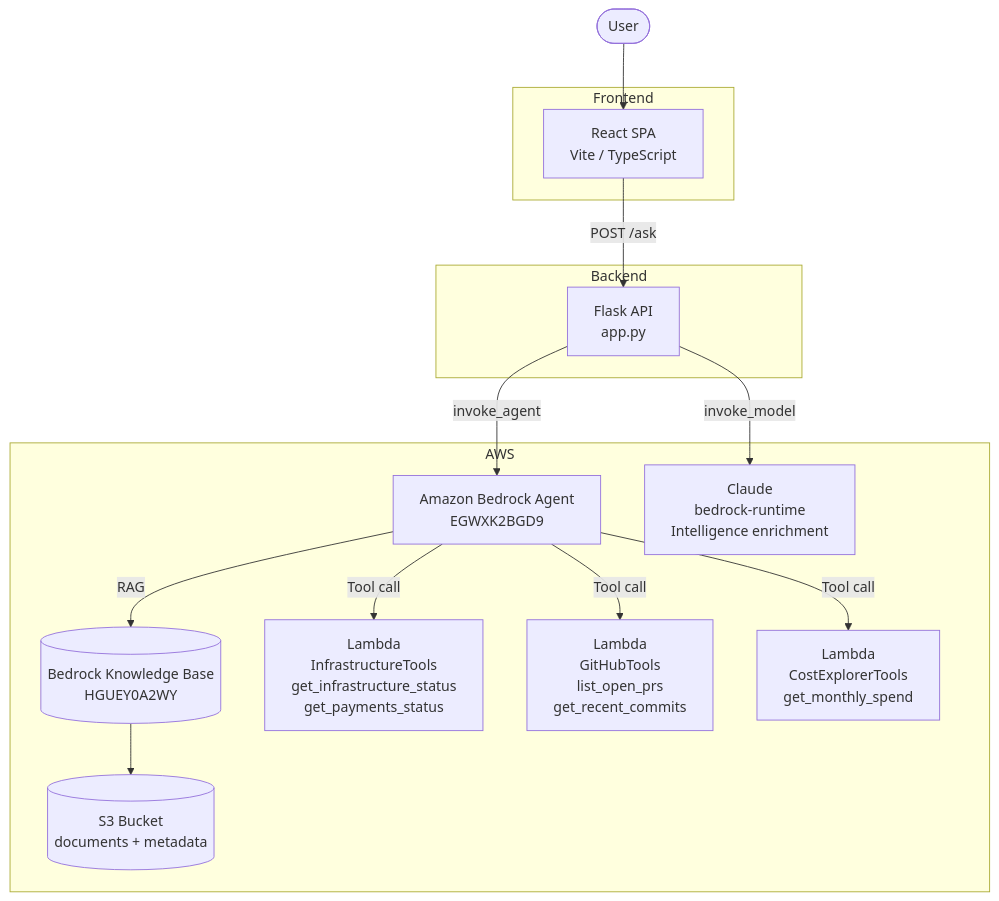
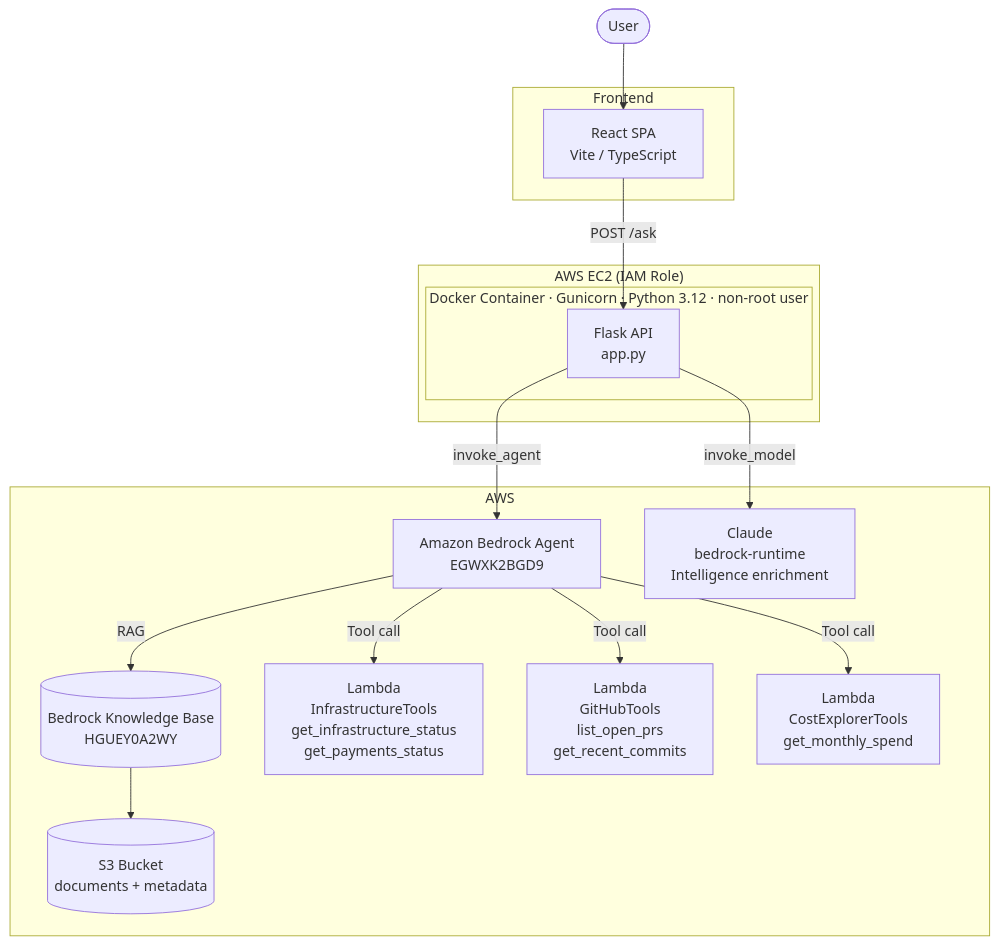
The diagram in README.md (danhas1/ai-engineering-memory), drawn with Mermaid before and after one commit.

Commit message:
Update architecture documentation

````diff
--- a/README.md
+++ b/README.md
@@ -24,33 +24,35 @@
 ```mermaid
 flowchart TD
     User([User]) --> FE[React SPA\nVite / TypeScript]
     FE -->|POST /ask| BE[Flask API\napp.py]
     BE -->|invoke_agent| Agent[Amazon Bedrock Agent\nEGWXK2BGD9]
 
     Agent -->|RAG| KB[(Bedrock Knowledge Base\nHGUEY0A2WY)]
     KB --> S3[(S3 Bucket\ndocuments + metadata)]
 
     Agent -->|Tool call| LambdaInfra[Lambda\nInfrastructureTools\nget_infrastructure_status\nget_payments_status]
     Agent -->|Tool call| LambdaGH[Lambda\nGitHubTools\nlist_open_prs\nget_recent_commits]
     Agent -->|Tool call| LambdaCost[Lambda\nCostExplorerTools\nget_monthly_spend]
 
     BE -->|invoke_model| Claude[Claude\nbedrock-runtime\nIntelligence enrichment]
 
     subgraph Frontend
         FE
     end
 
-    subgraph Backend
-        BE
+    subgraph EC2["AWS EC2 (IAM Role)"]
+        subgraph Docker["Docker Container · Gunicorn · Python 3.12 · non-root user"]
+            BE
+        end
     end
 
     subgraph AWS
         Agent
         KB
         S3
         LambdaInfra
         LambdaGH
         LambdaCost
         Claude
     end
 ```
````
